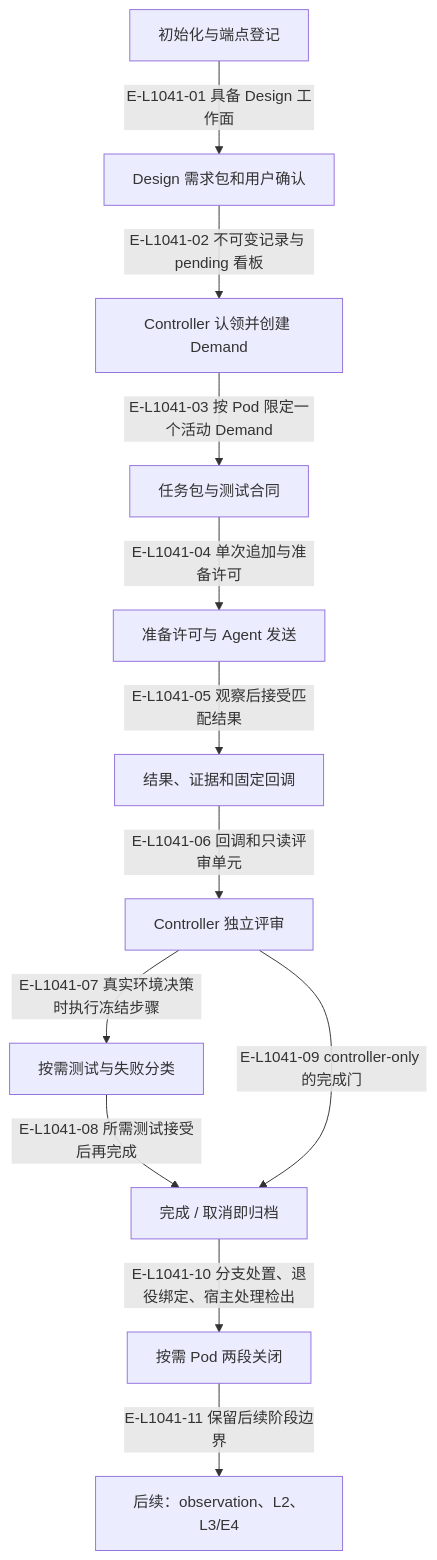
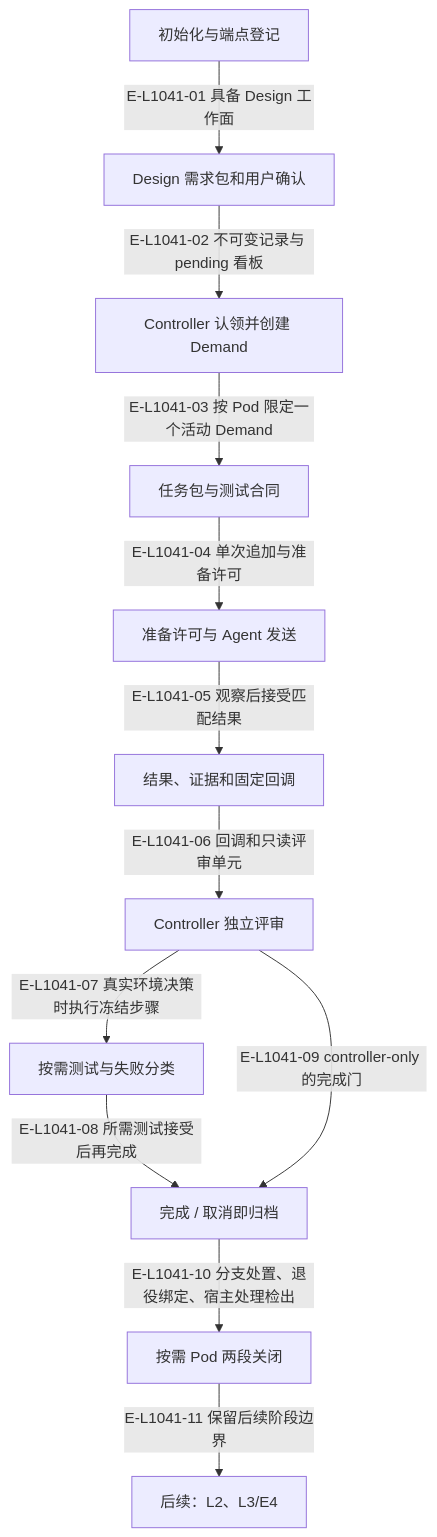
The diagram in wakeflow-architecture-atlas/maps/10-end-to-end-business-flow/README.md (GxFn/Wakeflow), drawn with Mermaid before and after one commit. The commit also changed other lines of this file and 61 other files, not shown here.

````diff
--- a/wakeflow-architecture-atlas/maps/10-end-to-end-business-flow/README.md
+++ b/wakeflow-architecture-atlas/maps/10-end-to-end-business-flow/README.md
@@ -196,27 +193,27 @@
 ```mermaid
 flowchart TB
   accTitle: 九个已落地切片的业务接力
   accDescr: 九个已落地切片的业务接力；箭头区分当前代码步骤、返回事实与明确的条件。
   workspace["初始化与端点登记"]
   design["Design 需求包和用户确认"]
   claim["Controller 认领并创建 Demand"]
   task["任务包与测试合同"]
   delivery["准备许可与 Agent 发送"]
   result["结果、证据和固定回调"]
   review["Controller 独立评审"]
   testing["按需测试与失败分类"]
   archive["完成 / 取消即归档"]
   pod["按需 Pod 两段关闭"]
-  stop["后续：observation、L2、L3/E4"]
+  stop["后续：L2、L3/E4"]
   workspace -->|"E-L1041-01 具备 Design 工作面"| design
   design -->|"E-L1041-02 不可变记录与 pending 看板"| claim
   claim -->|"E-L1041-03 按 Pod 限定一个活动 Demand"| task
   task -->|"E-L1041-04 单次追加与准备许可"| delivery
   delivery -->|"E-L1041-05 观察后接受匹配结果"| result
   result -->|"E-L1041-06 回调和只读评审单元"| review
   review -->|"E-L1041-07 真实环境决策时执行冻结步骤"| testing
   testing -->|"E-L1041-08 所需测试接受后再完成"| archive
   review -->|"E-L1041-09 controller-only 的完成门"| archive
   archive -->|"E-L1041-10 分支处置、退役绑定、宿主处理检出"| pod
   pod -->|"E-L1041-11 保留后续阶段边界"| stop
 ```
````
